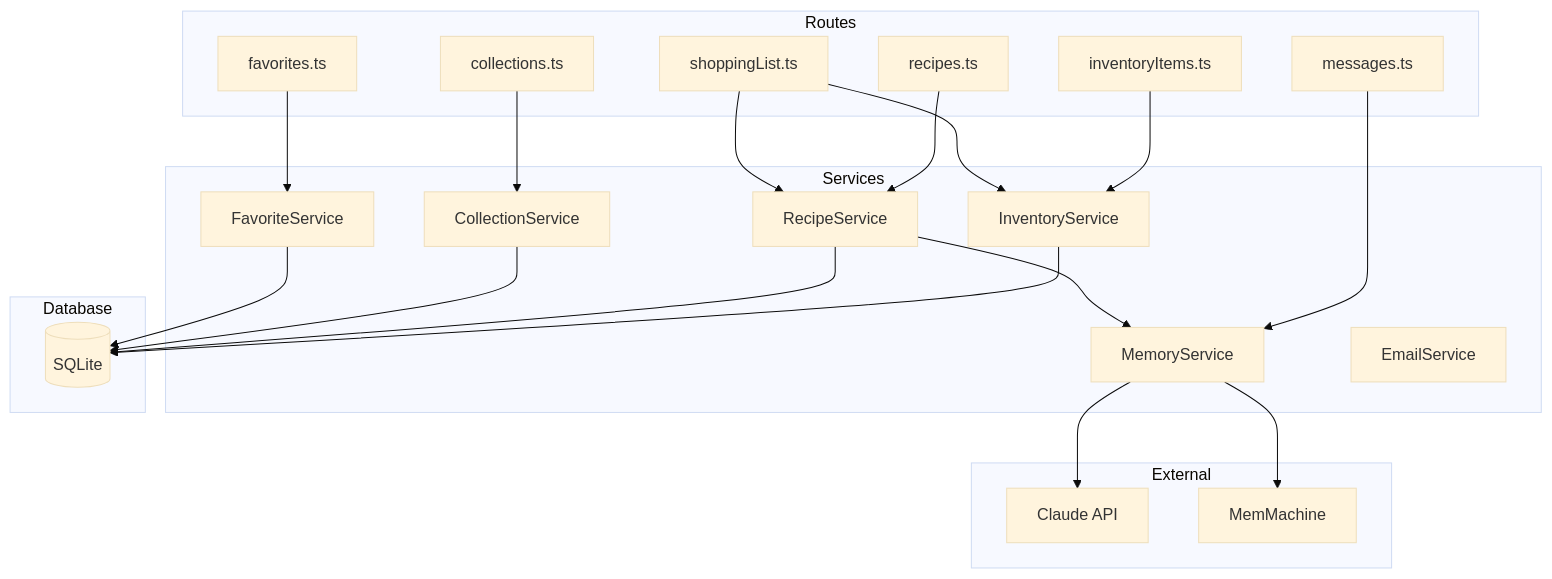
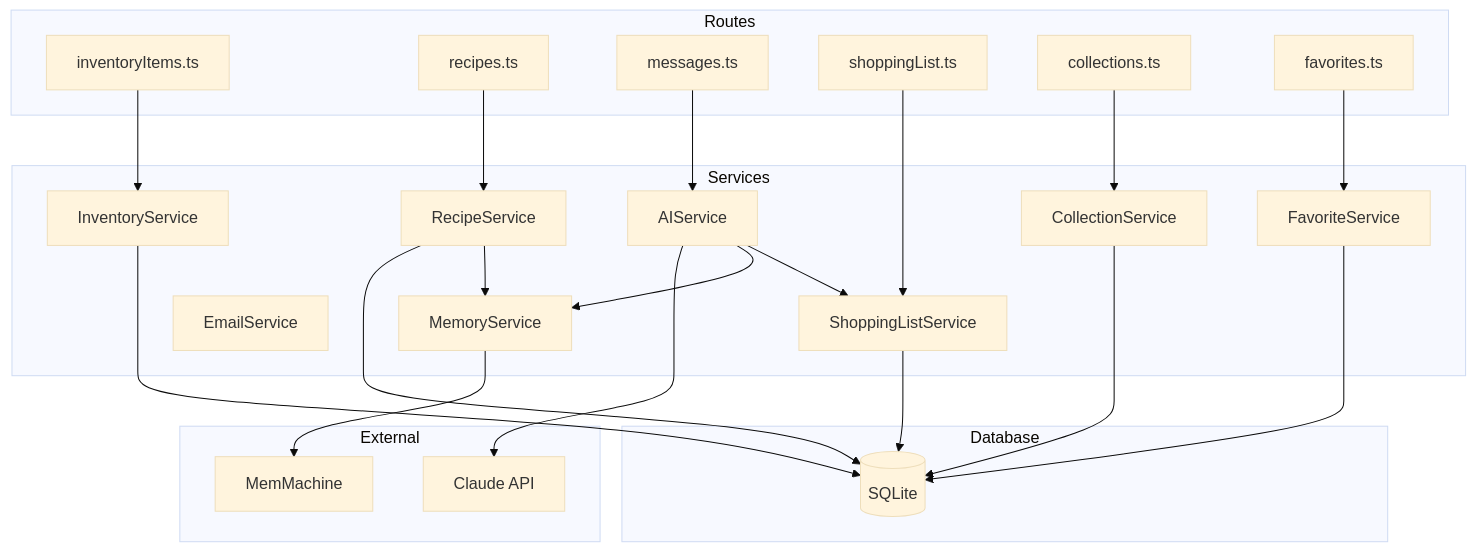
Before and after one commit to JLawMcGraw/alchemix: the sixth of 12 diagrams in Documentation/ARCHITECTURE.md, drawn with Mermaid (base theme). The commit also changed other lines of this file and 13 other files, not shown here.

````diff
--- a/Documentation/ARCHITECTURE.md
+++ b/Documentation/ARCHITECTURE.md
@@ -432,46 +436,50 @@
 ```mermaid
 graph TB
     subgraph Routes
         R1[inventoryItems.ts]
         R2[recipes.ts]
         R3[messages.ts]
         R4[shoppingList.ts]
         R5[collections.ts]
         R6[favorites.ts]
     end
 
     subgraph Services
         S1[InventoryService]
         S2[RecipeService]
         S3[MemoryService]
         S4[CollectionService]
         S5[FavoriteService]
         S6[EmailService]
+        S7[AIService]
+        S8[ShoppingListService]
     end
 
     subgraph Database
         DB[(SQLite)]
     end
 
     subgraph External
         Claude[Claude API]
         MM[MemMachine]
     end
 
     R1 --> S1
     R2 --> S2
-    R3 --> S3
-    R4 --> S1
-    R4 --> S2
+    R3 --> S7
+    R4 --> S8
     R5 --> S4
     R6 --> S5
 
     S1 --> DB
     S2 --> DB
     S4 --> DB
     S5 --> DB
+    S8 --> DB
 
-    S3 --> Claude
+    S7 --> Claude
+    S7 --> S3
+    S7 --> S8
     S3 --> MM
     S2 --> S3
 ```
````
